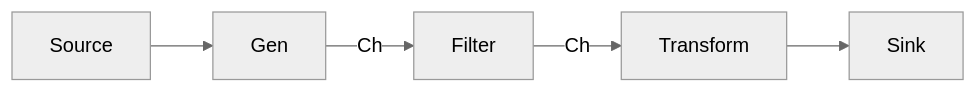
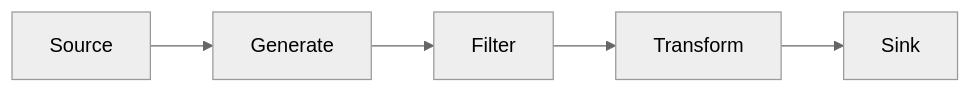
The diagram in RAK-04-core-mechanics/SR-02-architecture-patterns/BK-02-advanced-concurrency/CH-03_PipelinePattern/README.md (syahputrawork98-sketch/Golang-Knowledge-Base), drawn with Mermaid (neutral theme) before and after one commit. The commit also changed other lines of this file and 19 other files, not shown here.

Commit message:
add : SR-02-architecture-patterns

````diff
--- a/RAK-04-core-mechanics/SR-02-architecture-patterns/BK-02-advanced-concurrency/CH-03_PipelinePattern/README.md
+++ b/RAK-04-core-mechanics/SR-02-architecture-patterns/BK-02-advanced-concurrency/CH-03_PipelinePattern/README.md
@@ -30,8 +35,7 @@
 ```mermaid
 graph LR
-
-    Src[Source] --> S1[Gen]
-    S1 -->|Ch| S2[Filter]
-    S2 -->|Ch| S3[Transform]
+    Src[Source] --> S1[Generate]
+    S1 --> S2[Filter]
+    S2 --> S3[Transform]
     S3 --> Out[Sink]
 ```
````
